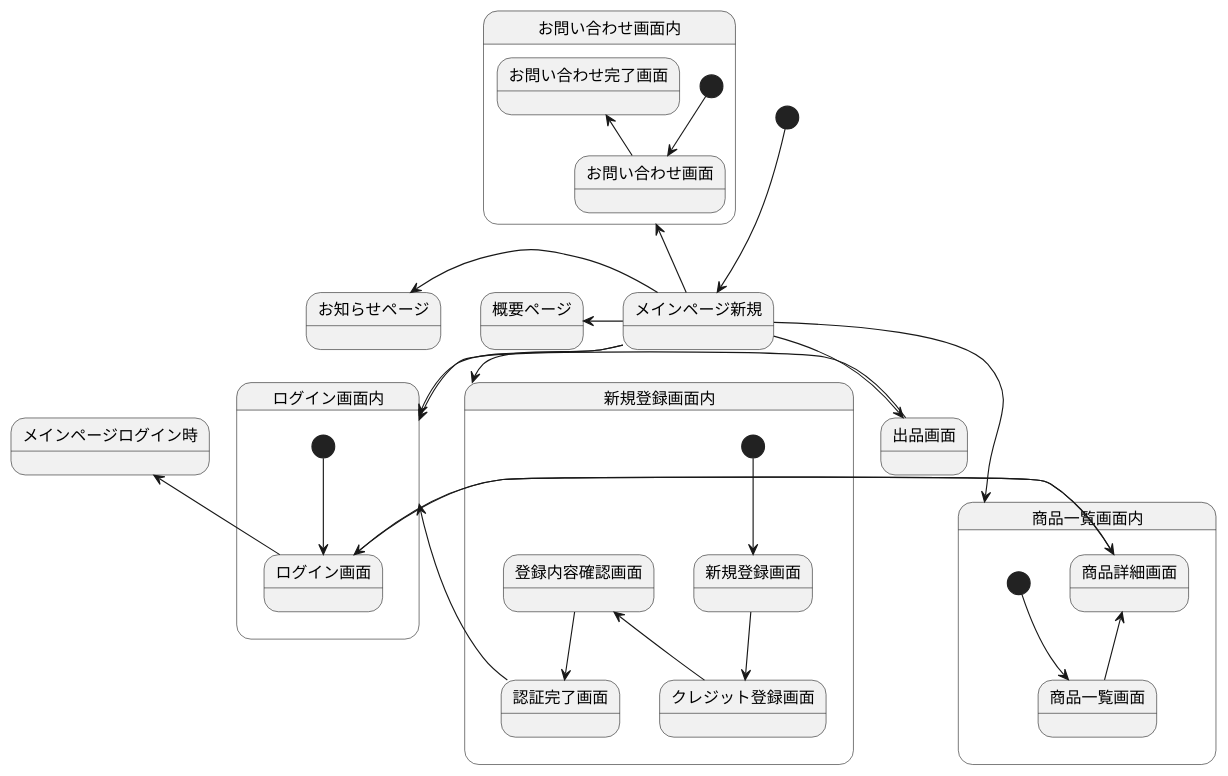
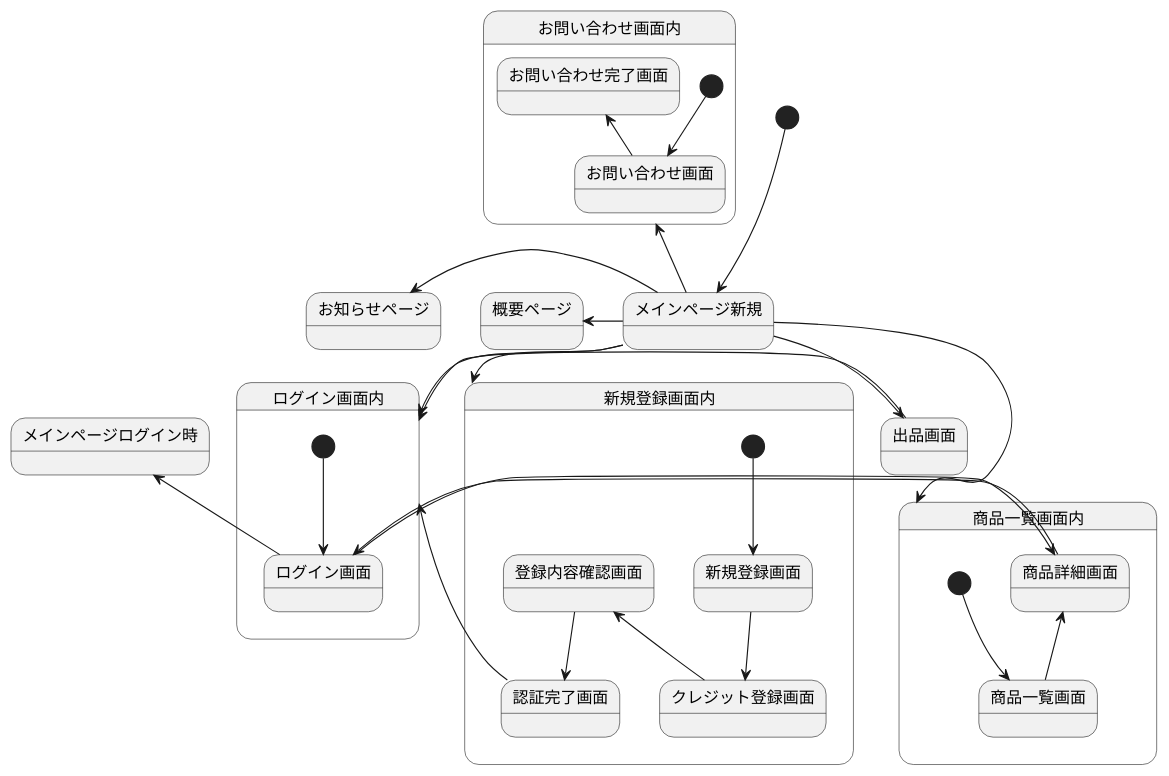
Before and after one commit to Aso2001147/2021SystemDesign: the diagram in 画面遷移図.md, drawn with PlantUML.

````diff
--- a/画面遷移図.md
+++ b/画面遷移図.md
@@ -1,42 +1,42 @@
 ```uml
 @startuml
 [*] --> メインページ新規
 メインページ新規 -left-> 概要ページ
 メインページ新規 -up-> お問い合わせ画面内
 メインページ新規 -left-> お知らせページ
 メインページ新規 --> ログイン画面内
 メインページ新規 --> 商品一覧画面内
 メインページ新規 --> 新規登録画面内
 メインページ新規 -> 出品画面
 出品画面 -> ログイン画面内
 
 state 新規登録画面内{
 [*] --> 新規登録画面
 新規登録画面 -down-> クレジット登録画面
 クレジット登録画面 -up-> 登録内容確認画面
 登録内容確認画面 -down-> 認証完了画面
 認証完了画面 -up-> ログイン画面内
 }
 
 state ログイン画面内{
 [*] -down-> ログイン画面
 }
 
 ログイン画面 -up-> メインページログイン時
 
 state お問い合わせ画面内{
 [*] -down-> お問い合わせ画面
 お問い合わせ画面 -up-> お問い合わせ完了画面
 }
 
 state 商品一覧画面内{
 [*] -down-> 商品一覧画面
 商品一覧画面 -up-> 商品詳細画面
 }
 
 商品詳細画面 -> ログイン画面
-ログイン画面 -> 商品詳細画面
+ログイン画面 -left-> 商品詳細画面
 
 
 @enduml
 ```
````
